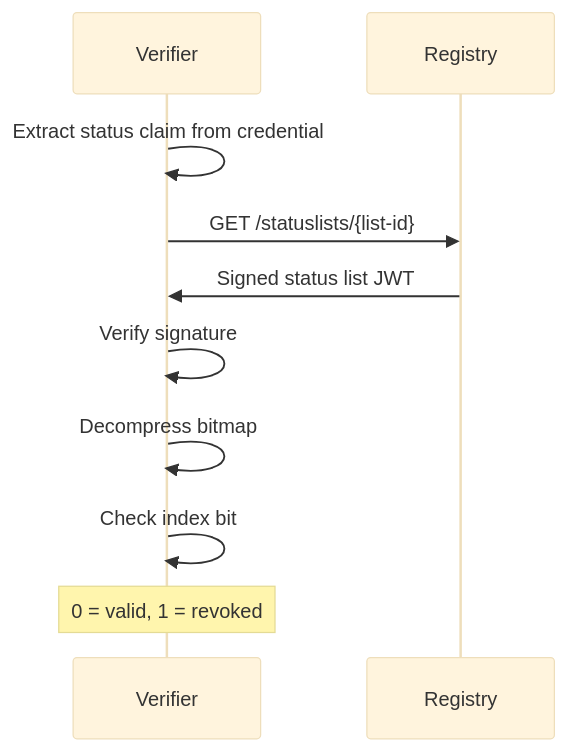
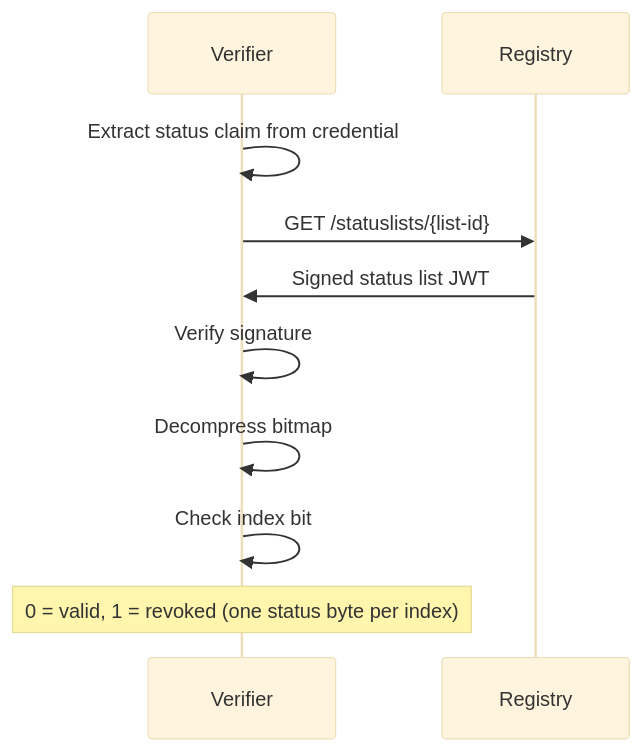
Before and after one commit to sirosfoundation/docs: the third of 3 diagrams in docs/sirosid/reference/token-status-lists.md, drawn with Mermaid (base theme). The commit also changed other lines of this file and 15 other files, not shown here.

````diff
--- a/docs/sirosid/reference/token-status-lists.md
+++ b/docs/sirosid/reference/token-status-lists.md
@@ -158,13 +165,13 @@
 ```mermaid
 sequenceDiagram
     participant Verifier
     participant Registry
     
     Verifier->>Verifier: Extract status claim from credential
     Verifier->>Registry: GET /statuslists/{list-id}
     Registry->>Verifier: Signed status list JWT
     Verifier->>Verifier: Verify signature
     Verifier->>Verifier: Decompress bitmap
     Verifier->>Verifier: Check index bit
-    Note over Verifier: 0 = valid, 1 = revoked
+    Note over Verifier: 0 = valid, 1 = revoked (one status byte per index)
 ```
````
